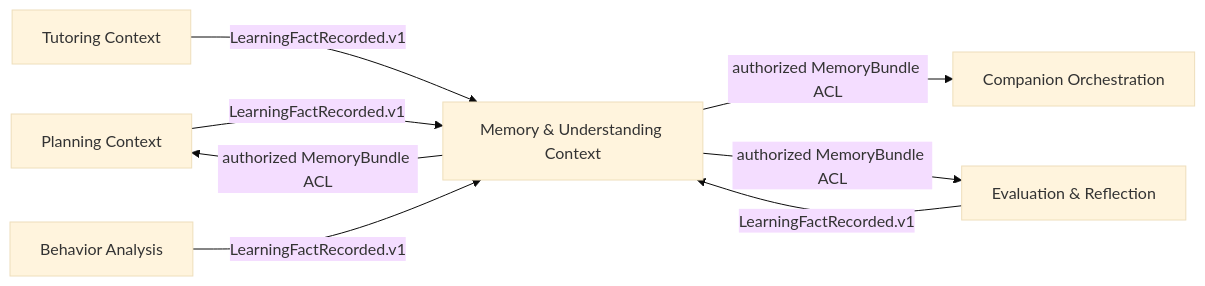
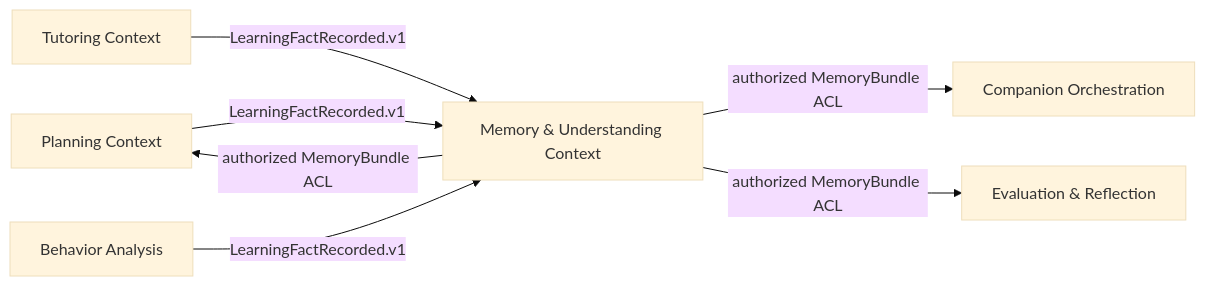
Before and after one commit to johanchow/duxue: the first of 10 diagrams in docs/technical/domain-memory.md, drawn with Mermaid (base theme). The commit also changed other lines of this file and 47 other files, not shown here.

````diff
--- a/docs/technical/domain-memory.md
+++ b/docs/technical/domain-memory.md
@@ -11,17 +11,16 @@
 ```mermaid
 flowchart LR
     PL[Planning Context]
-    ST[Tutoring Context]
+    TU[Tutoring Context]
     BA[Behavior Analysis]
     ER[Evaluation & Reflection]
     MC[Memory & Understanding Context]
     CO[Companion Orchestration]
 
     PL -->|LearningFactRecorded.v1| MC
-    ST -->|LearningFactRecorded.v1| MC
+    TU -->|LearningFactRecorded.v1| MC
     BA -->|LearningFactRecorded.v1| MC
-    ER -->|LearningFactRecorded.v1| MC
     MC -->|authorized MemoryBundle ACL| CO
     MC -->|authorized MemoryBundle ACL| PL
     MC -->|authorized MemoryBundle ACL| ER
 ```
````
